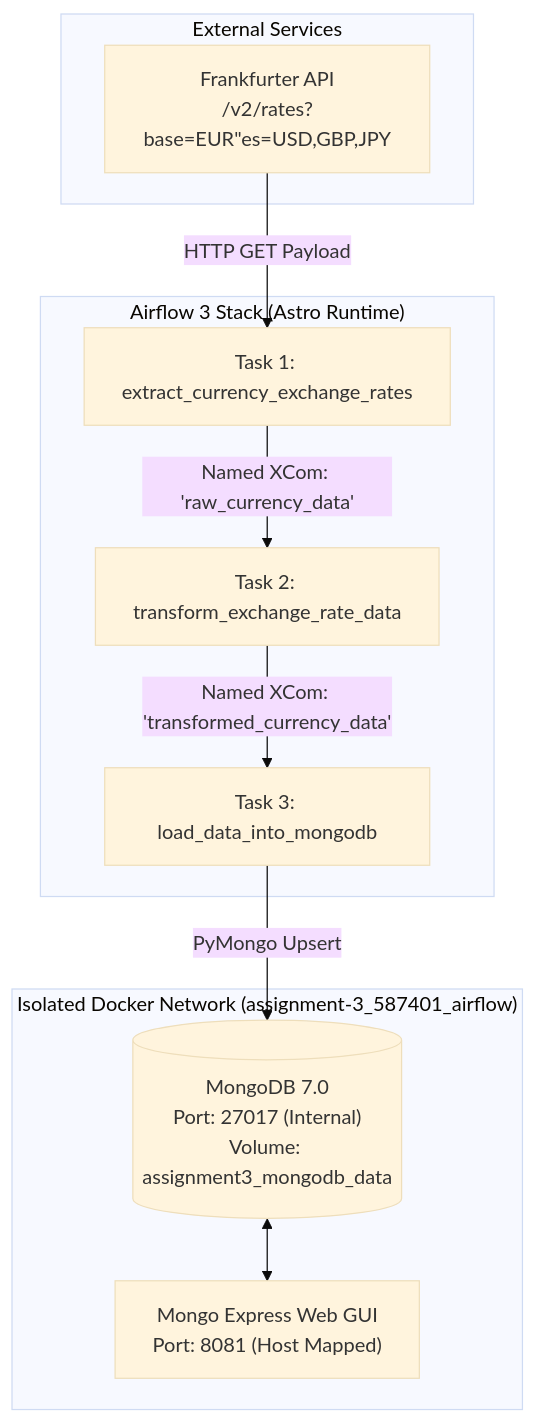
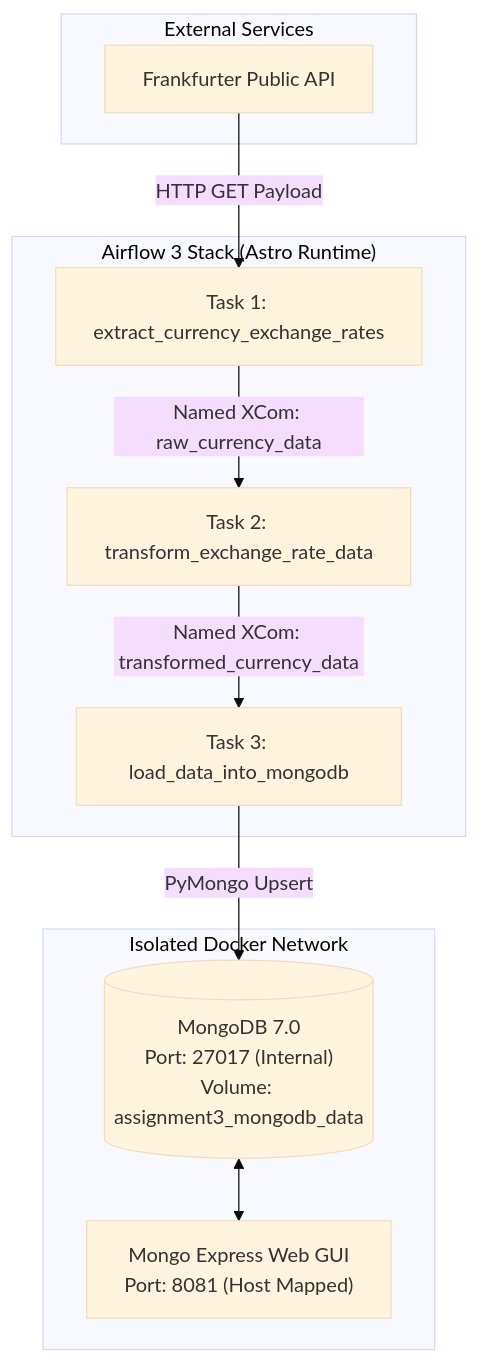
The diagram in README.md (MuhammadSaad-1/23L-0679_A3_Ops), drawn with Mermaid (base theme) before and after one commit. The commit also changed other lines of this file, not shown here.

Commit message:
correct the title and architecture diagram not displaying

````diff
--- a/README.md
+++ b/README.md
@@ -15,24 +15,24 @@
 ```mermaid
 flowchart TD
     subgraph External["External Services"]
-        API["Frankfurter API<br/>/v2/rates?base=EUR&quotes=USD,GBP,JPY"]
+        API["Frankfurter Public API"]
     end
 
     subgraph Airflow["Airflow 3 Stack (Astro Runtime)"]
         T1["Task 1: extract_currency_exchange_rates"]
         T2["Task 2: transform_exchange_rate_data"]
         T3["Task 3: load_data_into_mongodb"]
         
-        T1 -->|Named XCom: 'raw_currency_data'| T2
-        T2 -->|Named XCom: 'transformed_currency_data'| T3
+        T1 -->|Named XCom: raw_currency_data| T2
+        T2 -->|Named XCom: transformed_currency_data| T3
     end
 
-    subgraph DockerNet["Isolated Docker Network (assignment-3_587401_airflow)"]
+    subgraph DockerNet["Isolated Docker Network"]
         Mongo[("MongoDB 7.0<br/>Port: 27017 (Internal)<br/>Volume: assignment3_mongodb_data")]
         ME["Mongo Express Web GUI<br/>Port: 8081 (Host Mapped)"]
         Mongo <--> ME
     end
 
     API -->|HTTP GET Payload| T1
     T3 -->|PyMongo Upsert| Mongo
 ```
````
